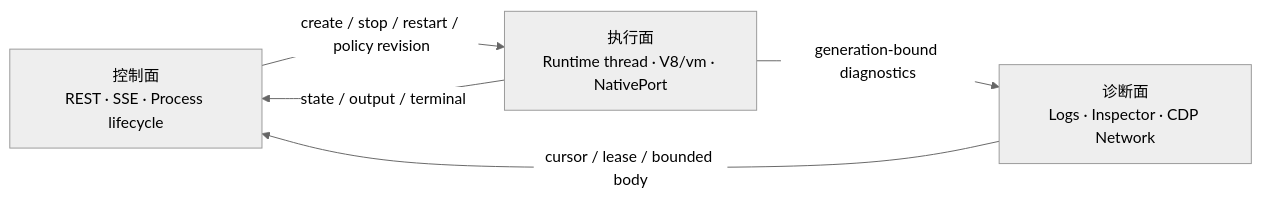
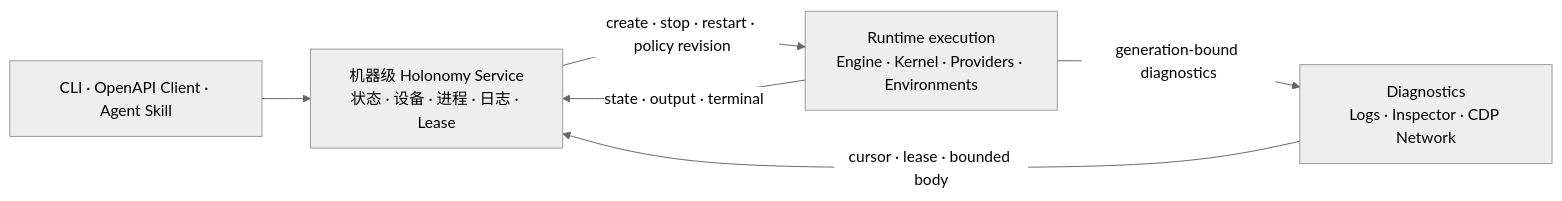
The second of 2 diagrams in .oo/docs/concepts/architecture.md (oneworks-ai/holonomy), drawn with Mermaid (neutral theme) before and after one commit. The commit also changed other lines of this file and 1157 other files, not shown here.

Commit message:
feat: complete Holonomy M3.5 v86 runtime

````diff
--- a/.oo/docs/concepts/architecture.md
+++ b/.oo/docs/concepts/architecture.md
@@ -55,11 +75,13 @@
 ```mermaid
 flowchart LR
-  control["控制面<br/>REST · SSE · Process lifecycle"]
-  execution["执行面<br/>Runtime thread · V8/vm · NativePort"]
-  diagnostics["诊断面<br/>Logs · Inspector · CDP Network"]
+  clients["CLI · OpenAPI Client · Agent Skill"]
+  service["机器级 Holonomy Service<br/>状态 · 设备 · 进程 · 日志 · Lease"]
+  execution["Runtime execution<br/>Engine · Kernel · Providers · Environments"]
+  diagnostics["Diagnostics<br/>Logs · Inspector · CDP Network"]
 
-  control -->|"create / stop / restart / policy revision"| execution
-  execution -->|"state / output / terminal"| control
+  clients --> service
+  service -->|"create · stop · restart · policy revision"| execution
+  execution -->|"state · output · terminal"| service
   execution -->|"generation-bound diagnostics"| diagnostics
-  diagnostics -->|"cursor / lease / bounded body"| control
+  diagnostics -->|"cursor · lease · bounded body"| service
 ```
````
